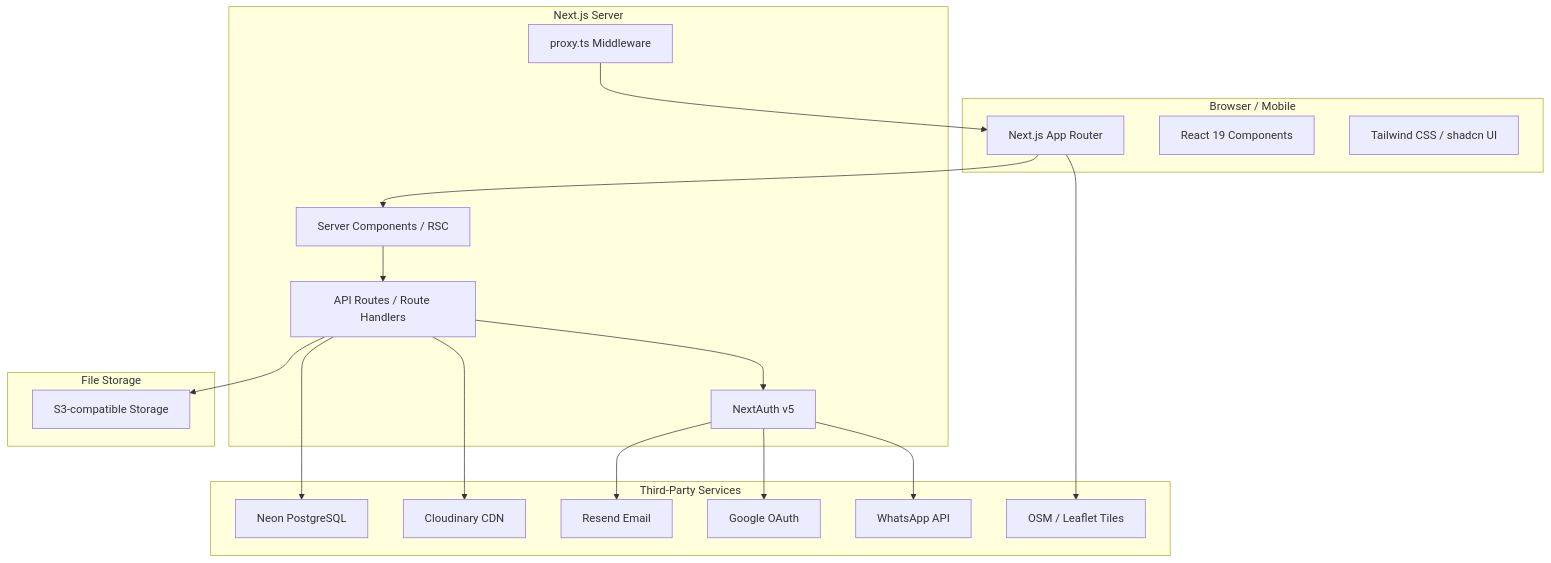
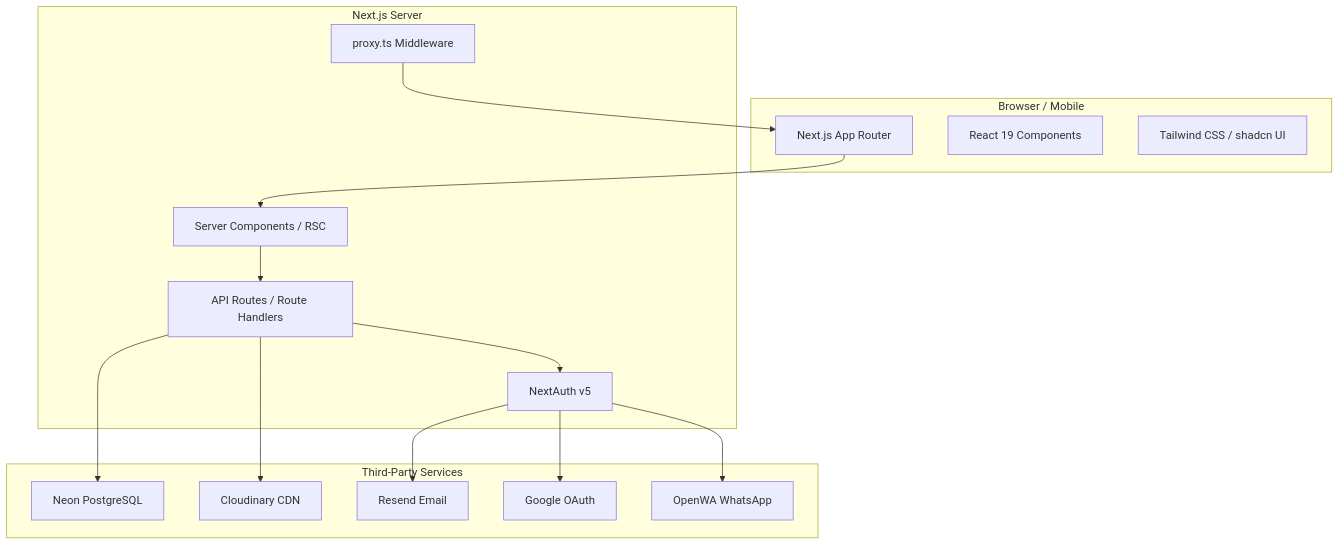
Before and after one commit to NadeemAhmad007/nadur: the diagram in docs/PROJECT_OVERVIEW.md, drawn with Mermaid. The commit also changed other lines of this file and 79 other files, not shown here.

Commit message:
Production ready - auth fixes, admin UI, WhatsApp OTP, OpenWA management, footer, favorites

````diff
--- a/docs/PROJECT_OVERVIEW.md
+++ b/docs/PROJECT_OVERVIEW.md
@@ -261,40 +249,33 @@
 ```mermaid
 graph TB
     subgraph Client [Browser / Mobile]
         A[Next.js App Router]
         B[React 19 Components]
         C[Tailwind CSS / shadcn UI]
     end
 
     subgraph NextJS [Next.js Server]
         D[Server Components / RSC]
         E[API Routes / Route Handlers]
         F[proxy.ts Middleware]
         G[NextAuth v5]
     end
 
     subgraph Services [Third-Party Services]
         H[Neon PostgreSQL]
         I[Cloudinary CDN]
         J[Resend Email]
         K[Google OAuth]
-        L[WhatsApp API]
-        M[OSM / Leaflet Tiles]
-    end
-
-    subgraph Storage [File Storage]
-        N[S3-compatible Storage]
+        L[OpenWA WhatsApp]
     end
 
     A --> D
     D --> E
     F --> A
     E --> G
     G --> K
     G --> J
     G --> L
     E --> H
     E --> I
-    A --> M
-    E --> N
 ```
````
